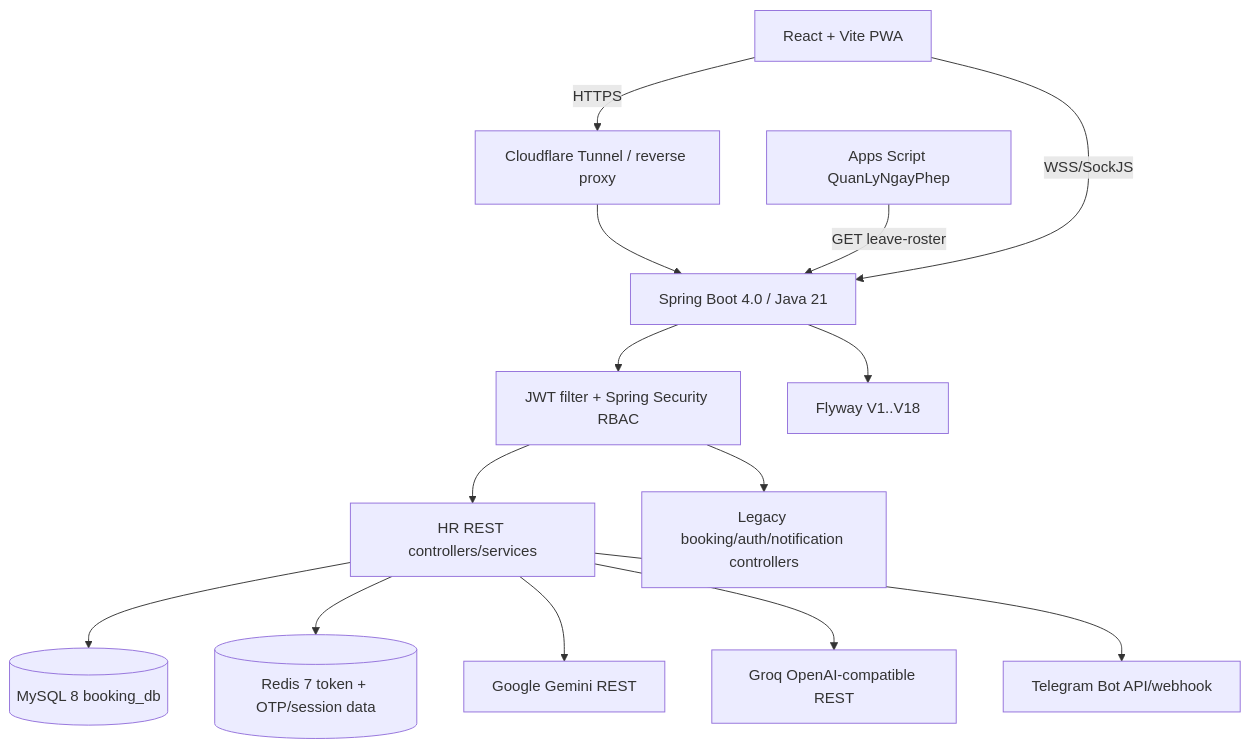
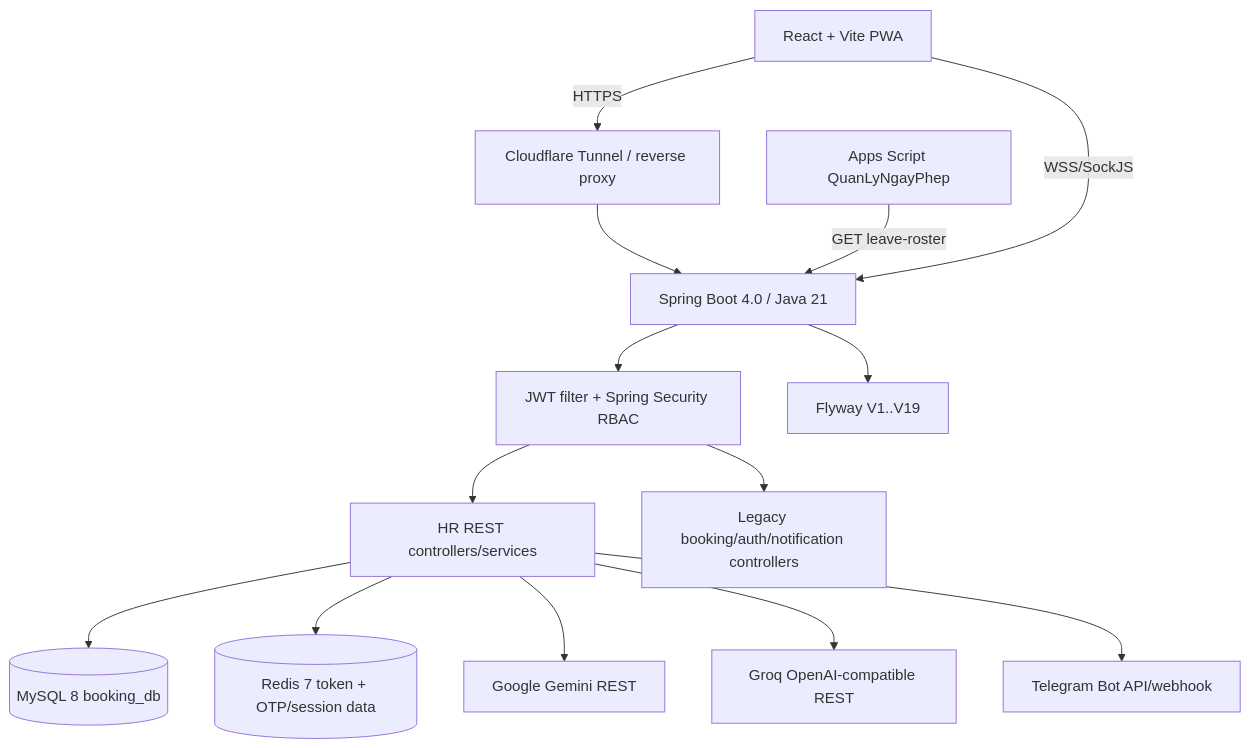
One commit to ThuanNgcodelor/CFCBase changed the diagram in documents/PROJECT_MASTER_CONTEXT.md. Above: the diagram before and after it, drawn with Mermaid. The commit also changed other lines of this file and 21 other files, not shown here.

````diff
--- a/documents/PROJECT_MASTER_CONTEXT.md
+++ b/documents/PROJECT_MASTER_CONTEXT.md
@@ -25,16 +25,16 @@
 ```mermaid
 flowchart TB
     Browser[React + Vite PWA] -->|HTTPS| Tunnel[Cloudflare Tunnel / reverse proxy]
     Tunnel --> Backend[Spring Boot 4.0 / Java 21]
     Backend --> Security[JWT filter + Spring Security RBAC]
     Security --> HR[HR REST controllers/services]
     Security --> Legacy[Legacy booking/auth/notification controllers]
     HR --> MySQL[(MySQL 8 booking_db)]
     HR --> Redis[(Redis 7 token + OTP/session data)]
-    Backend --> Flyway[Flyway V1..V18]
+    Backend --> Flyway[Flyway V1..V19]
     HR --> Gemini[Google Gemini REST]
     HR --> Groq[Groq OpenAI-compatible REST]
     HR --> Telegram[Telegram Bot API/webhook]
     AppScript[Apps Script QuanLyNgayPhep] -->|GET leave-roster| Backend
     Browser -->|WSS/SockJS| Backend
 ```
````
